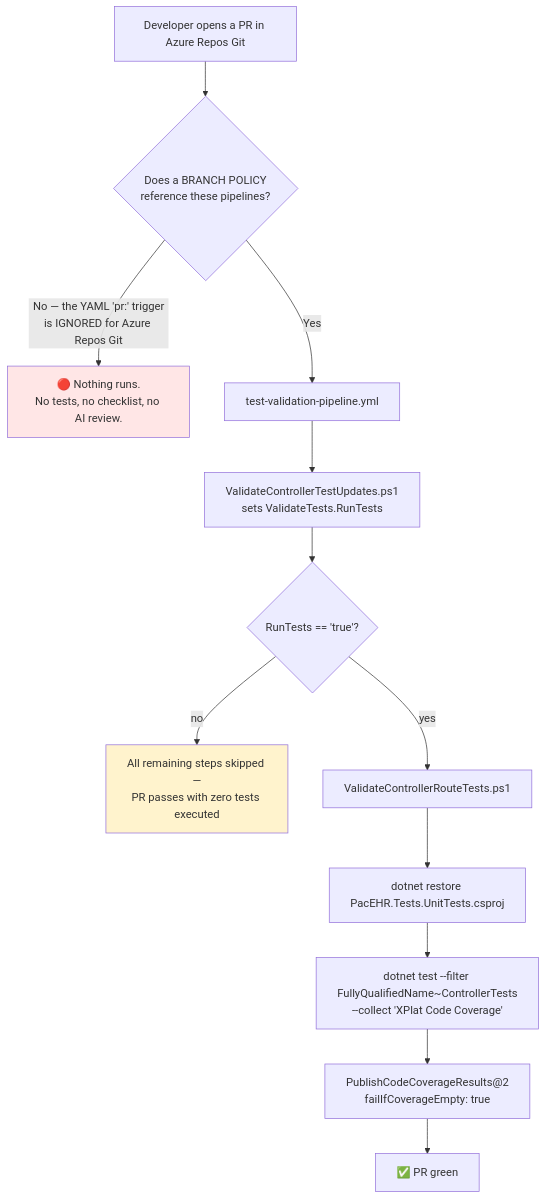
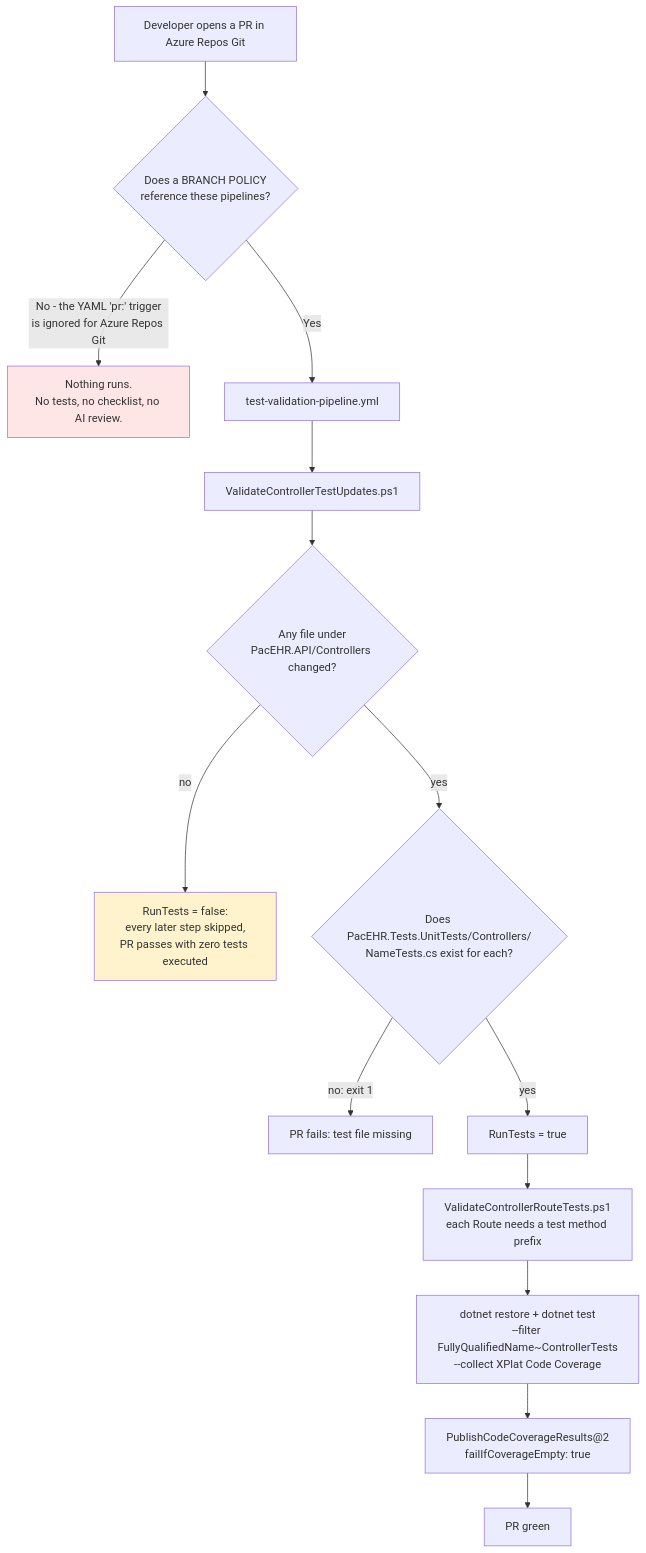
One commit to hemsingh-3PG/sai-systems-AIRE changed the second of 4 diagrams in docs/architecture/current/11-test-infrastructure-cicd-deep-dive.md. Above: the diagram before and after it, drawn with Mermaid. The commit also changed other lines of this file and 285 other files, not shown here.

````diff
--- a/docs/architecture/current/11-test-infrastructure-cicd-deep-dive.md
+++ b/docs/architecture/current/11-test-infrastructure-cicd-deep-dive.md
@@ -67,17 +120,19 @@
 ```mermaid
 flowchart TB
   A["Developer opens a PR in Azure Repos Git"] --> B{"Does a BRANCH POLICY<br/>reference these pipelines?"}
-  B -->|"No — the YAML 'pr:' trigger<br/>is IGNORED for Azure Repos Git"| Z["🔴 Nothing runs.<br/>No tests, no checklist, no AI review."]
+  B -->|"No - the YAML 'pr:' trigger<br/>is ignored for Azure Repos Git"| Z["Nothing runs.<br/>No tests, no checklist, no AI review."]
   B -->|Yes| C["test-validation-pipeline.yml"]
-  C --> D["ValidateControllerTestUpdates.ps1<br/>sets ValidateTests.RunTests"]
-  D --> E{"RunTests == 'true'?"}
-  E -->|no| Y["All remaining steps skipped —<br/>PR passes with zero tests executed"]
-  E -->|yes| F["ValidateControllerRouteTests.ps1"]
-  F --> G["dotnet restore PacEHR.Tests.UnitTests.csproj"]
-  G --> H["dotnet test --filter FullyQualifiedName~ControllerTests<br/>--collect 'XPlat Code Coverage'"]
-  H --> I["PublishCodeCoverageResults@2<br/>failIfCoverageEmpty: true"]
-  I --> J["✅ PR green"]
+  C --> D["ValidateControllerTestUpdates.ps1"]
+  D --> D1{"Any file under<br/>PacEHR.API/Controllers changed?"}
+  D1 -->|no| Y["RunTests = false:<br/>every later step skipped,<br/>PR passes with zero tests executed"]
+  D1 -->|yes| D2{"Does PacEHR.Tests.UnitTests/Controllers/<br/>NameTests.cs exist for each?"}
+  D2 -->|"no: exit 1"| X["PR fails: test file missing"]
+  D2 -->|yes| E["RunTests = true"]
+  E --> F["ValidateControllerRouteTests.ps1<br/>each Route needs a test method prefix"]
+  F --> G["dotnet restore + dotnet test<br/>--filter FullyQualifiedName~ControllerTests<br/>--collect XPlat Code Coverage"]
+  G --> I["PublishCodeCoverageResults@2<br/>failIfCoverageEmpty: true"]
+  I --> J["PR green"]
 
   style Z fill:#ffe6e6
   style Y fill:#fff3cd
 ```
````
